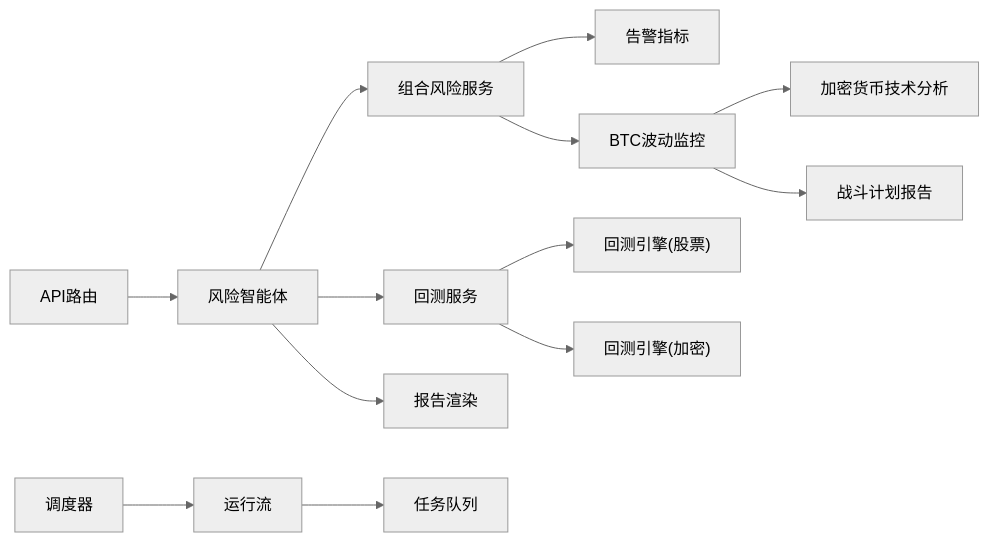
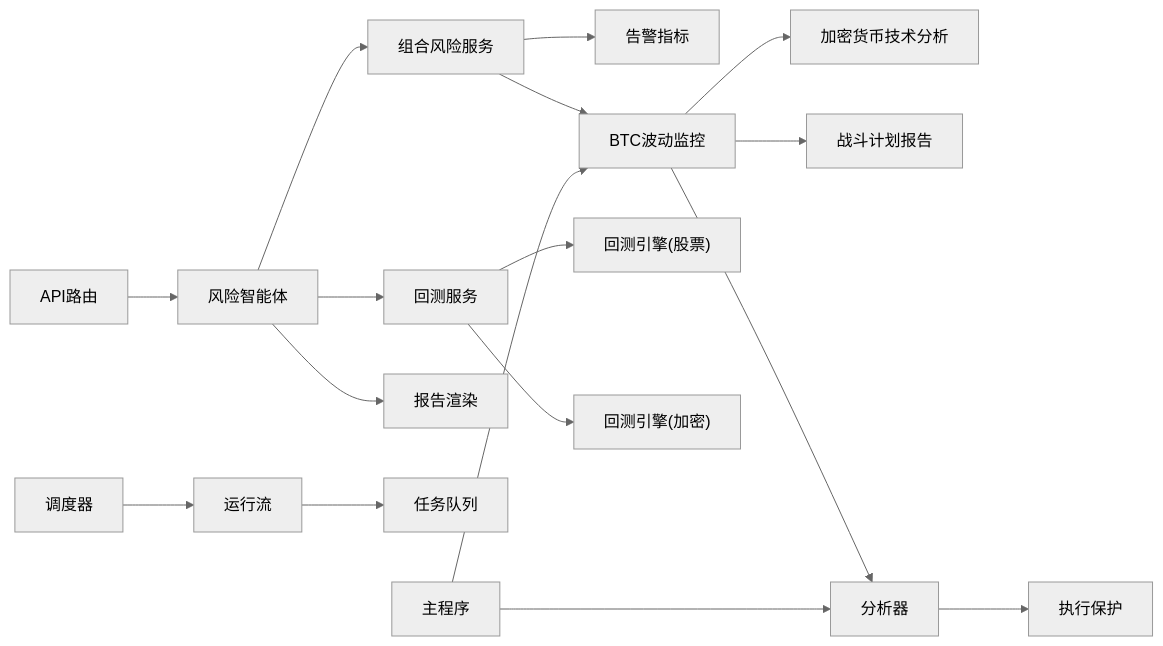
Before and after one commit to anYaoooo/daily_stock_analysis: the ninth of 9 diagrams in .qoder/repowiki/zh/content/AI智能体系统/专业智能体/风险管理智能体.md, drawn with Mermaid (neutral theme). The commit also changed other lines of this file and 29 other files, not shown here.

````diff
--- a/.qoder/repowiki/zh/content/AI智能体系统/专业智能体/风险管理智能体.md
+++ b/.qoder/repowiki/zh/content/AI智能体系统/专业智能体/风险管理智能体.md
@@ -494,15 +567,19 @@
 ```mermaid
 graph LR
 RiskAgent["风险智能体"] --> PortfolioRisk["组合风险服务"]
 RiskAgent --> BacktestSvc["回测服务"]
 RiskAgent --> ReportRender["报告渲染"]
 PortfolioRisk --> AlertInd["告警指标"]
 PortfolioRisk --> BTCVol["BTC波动监控"]
 BTCVol --> CryptoTech["加密货币技术分析"]
 BTCVol --> BattlePlan["战斗计划报告"]
+BTCVol --> Analyzer["分析器"]
+Analyzer --> ExecutionGuard["执行保护"]
 BacktestSvc --> BE["回测引擎(股票)"]
 BacktestSvc --> CBE["回测引擎(加密)"]
 API["API路由"] --> RiskAgent
 Scheduler["调度器"] --> RunFlow["运行流"]
 RunFlow --> TaskQueue["任务队列"]
+Main["主程序"] --> BTCVol
+Main --> Analyzer
 ```
````
